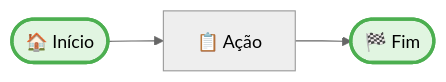
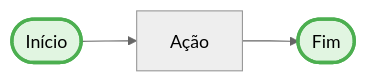
Before and after one commit to fabioeducacross/Ambiente_de_Prototipacao_V5: the second of 2 diagrams in documentation/docs/test-mermaid.md, drawn with Mermaid (neutral theme). The commit also changed 60 other files, not shown here.

````diff
--- a/documentation/docs/test-mermaid.md
+++ b/documentation/docs/test-mermaid.md
@@ -16,8 +16,8 @@
 ```mermaid
 graph LR
-    Start([🏠 Início]) --> Action[📋 Ação]
-    Action --> End([🏁 Fim])
+    Start([Início]) --> Action[Ação]
+    Action --> End([Fim])
     
     classDef green fill:#e1f5e1,stroke:#4caf50,stroke-width:3px
     class Start,End green
 ```
````
